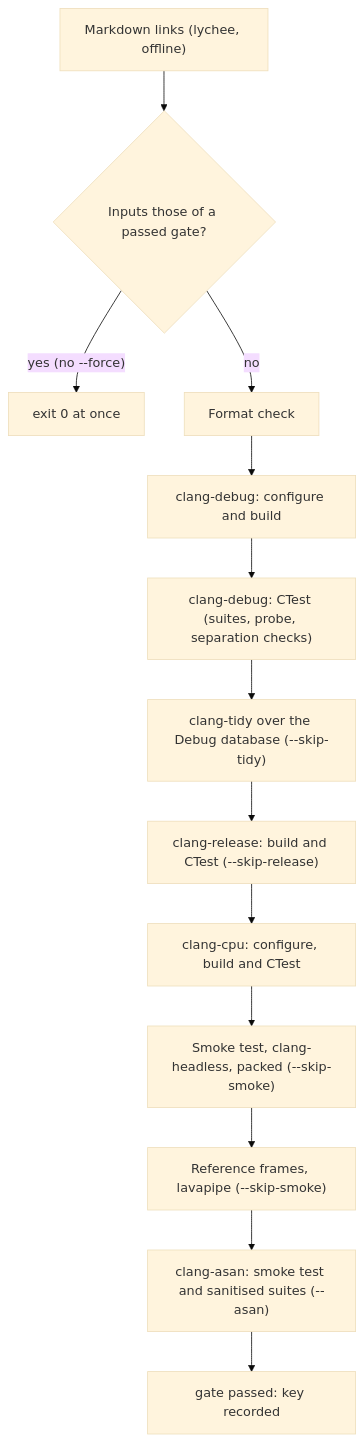
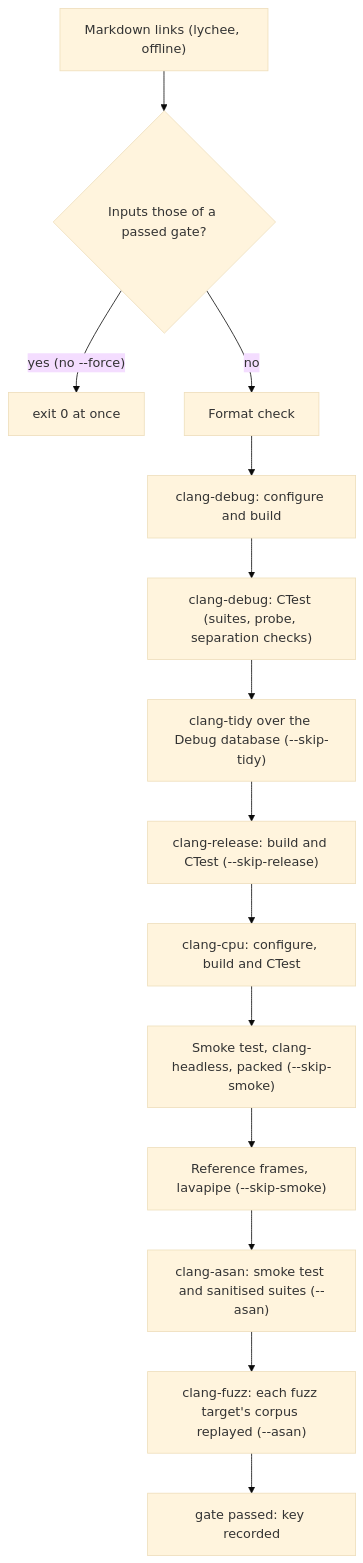
One commit to ivanhawkes/jettison changed the diagram in docs/build-and-gates.md. Above: the diagram before and after it, drawn with Mermaid (base theme). The commit also changed other lines of this file and 70 other files, not shown here.

````diff
--- a/docs/build-and-gates.md
+++ b/docs/build-and-gates.md
@@ -272,15 +274,16 @@
 ```mermaid
 flowchart TD
     links["Markdown links (lychee, offline)"] --> cached{"Inputs those of a passed gate?"}
     cached -- "yes (no --force)" --> done0["exit 0 at once"]
     cached -- no --> format["Format check"]
     format --> debug["clang-debug: configure and build"]
     debug --> dtests["clang-debug: CTest (suites, probe, separation checks)"]
     dtests --> tidy["clang-tidy over the Debug database (--skip-tidy)"]
     tidy --> release["clang-release: build and CTest (--skip-release)"]
     release --> cpu["clang-cpu: configure, build and CTest"]
     cpu --> smoke["Smoke test, clang-headless, packed (--skip-smoke)"]
     smoke --> frames["Reference frames, lavapipe (--skip-smoke)"]
     frames --> asan["clang-asan: smoke test and sanitised suites (--asan)"]
-    asan --> passed["gate passed: key recorded"]
+    asan --> fuzz["clang-fuzz: each fuzz target's corpus replayed (--asan)"]
+    fuzz --> passed["gate passed: key recorded"]
 ```
````
